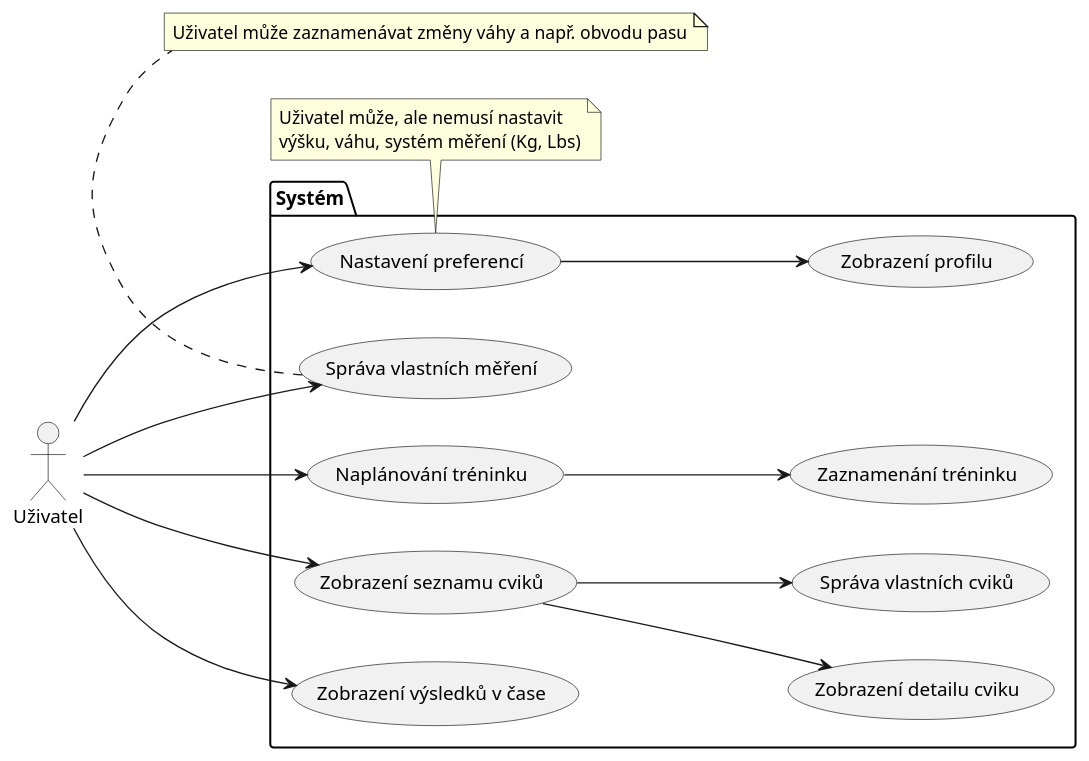
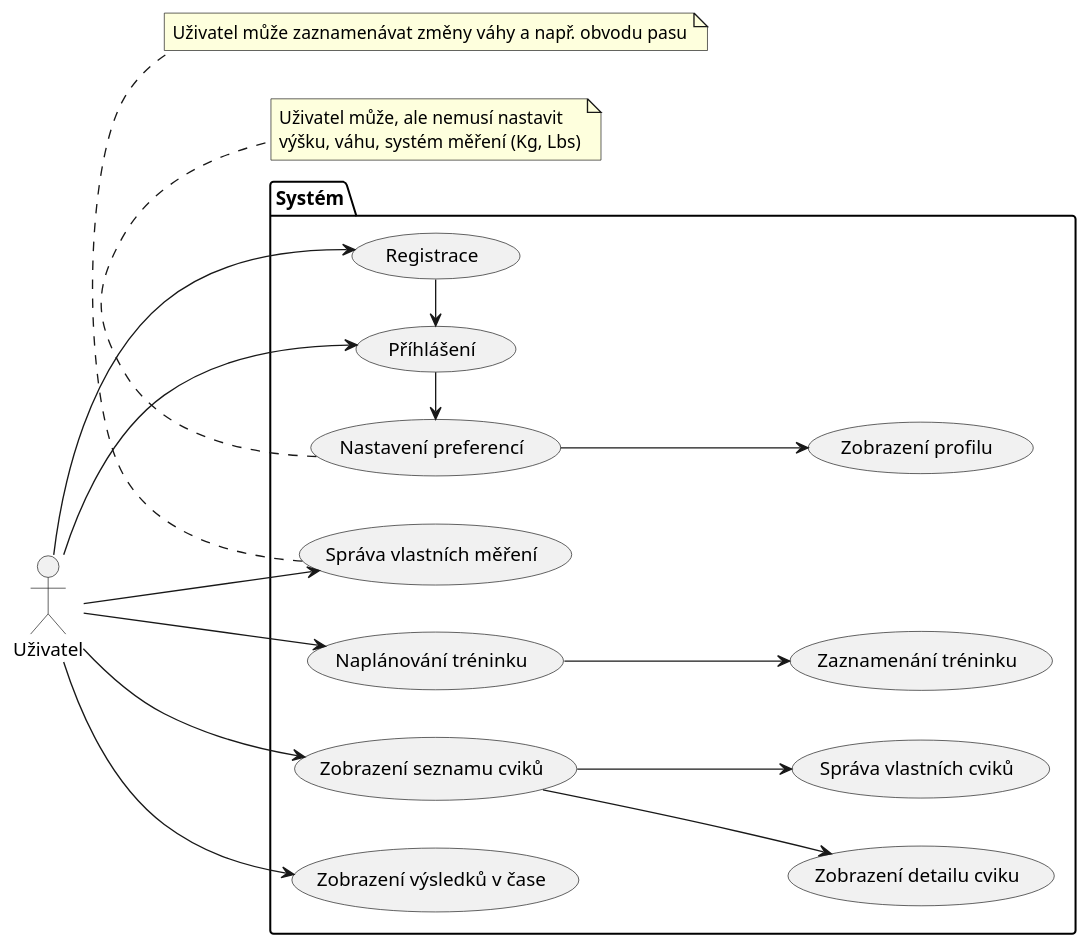
The diagram in docs/UseCaseDiagram.puml (JakubHerr/GitFit), drawn with PlantUML before and after one commit. The commit also changed 17 other files, not shown here.

```diff
--- a/docs/UseCaseDiagram.puml
+++ b/docs/UseCaseDiagram.puml
@@ -1,37 +1,42 @@
 @startuml
 'https://plantuml.com/use-case-diagram
 left to right direction
 
 actor Uživatel as User
 
 package Systém {
     (Naplánování tréninku) as (Plan)
     (Zaznamenání tréninku) as (Record)
     (Zobrazení seznamu cviků) as (ShowExercise)
     (Zobrazení detailu cviku) as (ShowDetail)
     (Zobrazení výsledků v čase) as (ShowHistory)
     (Nastavení preferencí) as (Onboarding)
+    (Registrace) as (Register)
+    (Příhlášení) as (Login)
     (Správa vlastních cviků) as (CustomExercise)
     (Správa vlastních měření) as (Measure)
     (Zobrazení profilu) as (Profile)
 }
 
-User --> (Onboarding)
 User --> (Plan)
 User --> (ShowExercise)
 User --> (ShowHistory)
 User --> (Measure)
+User --> (Register)
+User --> (Login)
+(Register) -left-> (Login)
+(Login) -left-> (Onboarding)
 (ShowExercise) --> (ShowDetail)
 (ShowExercise) --> (CustomExercise)
 (Plan) --> (Record)
 (Onboarding) --> (Profile)
 
 note bottom of (Onboarding)
     Uživatel může, ale nemusí nastavit
     výšku, váhu, systém měření (Kg, Lbs)
 endnote
 
 note bottom of (Measure)
     Uživatel může zaznamenávat změny váhy a např. obvodu pasu
 endnote
 @enduml
```
